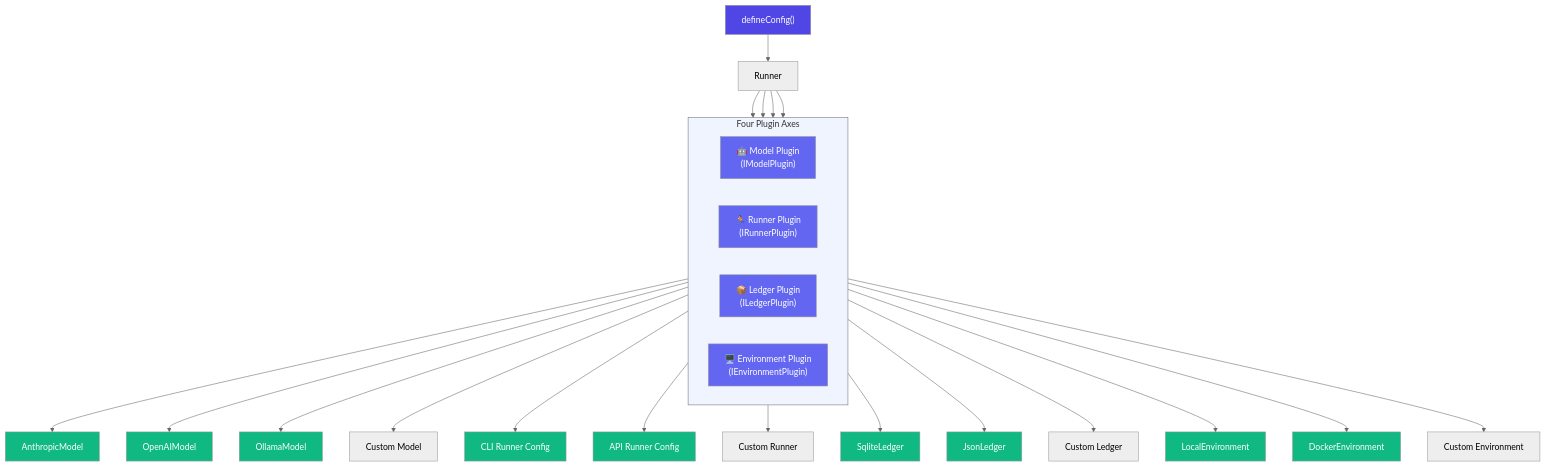
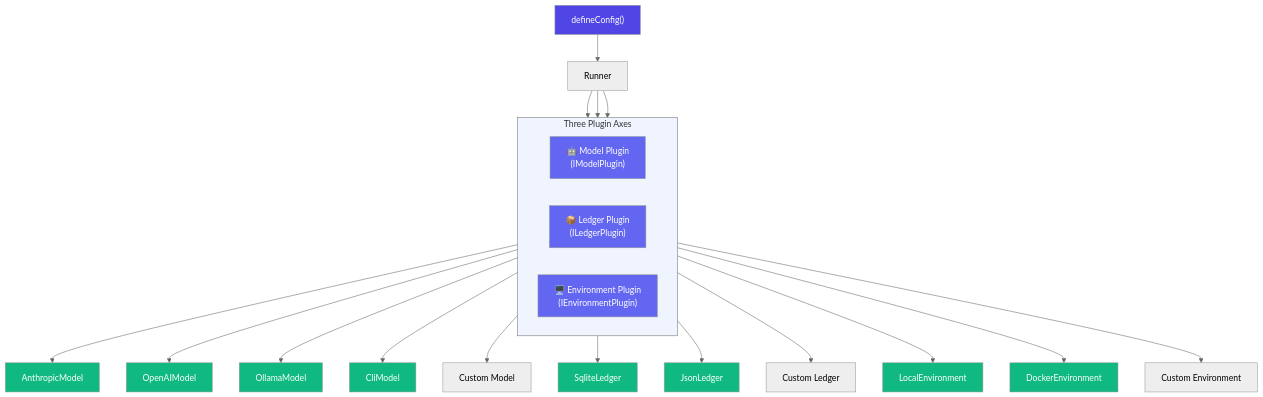
One commit to Tlahey/agent-eval changed the first of 2 diagrams in apps/docs/guide/plugins.md. Above: the diagram before and after it, drawn with Mermaid (neutral theme). The commit also changed other lines of this file and 49 other files, not shown here.

First line of the commit message:
refactor(types): remove APIRunnerConfig — use APIRunner plugin directly (#8)

````diff
--- a/apps/docs/guide/plugins.md
+++ b/apps/docs/guide/plugins.md
@@ -7,50 +7,43 @@
 ```mermaid
 flowchart TB
     CONFIG["defineConfig()"] --> RUNNER["Runner"]
 
-    subgraph Plugins["Four Plugin Axes"]
+    subgraph Plugins["Three Plugin Axes"]
         direction LR
         MODEL["🤖 Model Plugin<br/>(IModelPlugin)"]
-        RUN["🏃 Runner Plugin<br/>(IRunnerPlugin)"]
         LEDGER["📦 Ledger Plugin<br/>(ILedgerPlugin)"]
         ENV["🖥️ Environment Plugin<br/>(IEnvironmentPlugin)"]
     end
 
     RUNNER --> MODEL
-    RUNNER --> RUN
     RUNNER --> LEDGER
     RUNNER --> ENV
 
     MODEL --> AN["AnthropicModel"]
     MODEL --> OA["OpenAIModel"]
     MODEL --> OL["OllamaModel"]
+    MODEL --> CL["CliModel"]
     MODEL --> CM["Custom Model"]
-
-    RUN --> CR["CLI Runner Config"]
-    RUN --> AR["API Runner Config"]
-    RUN --> CRU["Custom Runner"]
 
     LEDGER --> SQ["SqliteLedger"]
     LEDGER --> JS["JsonLedger"]
     LEDGER --> CU["Custom Ledger"]
 
     ENV --> LE["LocalEnvironment"]
     ENV --> DE["DockerEnvironment"]
     ENV --> CE["Custom Environment"]
 
     style CONFIG fill:#4f46e5,color:#fff
     style Plugins fill:#f0f4ff
     style MODEL fill:#6366f1,color:#fff
-    style RUN fill:#6366f1,color:#fff
     style LEDGER fill:#6366f1,color:#fff
     style ENV fill:#6366f1,color:#fff
     style AN fill:#10b981,color:#fff
     style OA fill:#10b981,color:#fff
     style OL fill:#10b981,color:#fff
-    style CR fill:#10b981,color:#fff
-    style AR fill:#10b981,color:#fff
+    style CL fill:#10b981,color:#fff
     style SQ fill:#10b981,color:#fff
     style JS fill:#10b981,color:#fff
     style LE fill:#10b981,color:#fff
     style DE fill:#10b981,color:#fff
 ```
````
